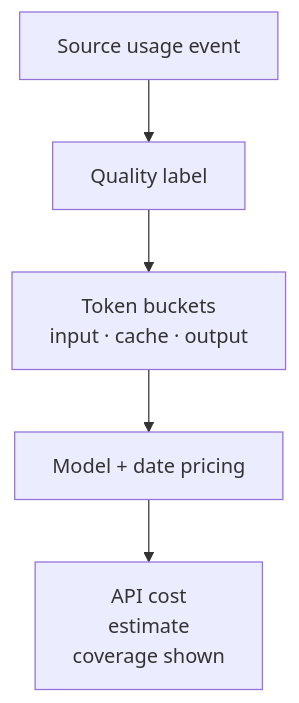
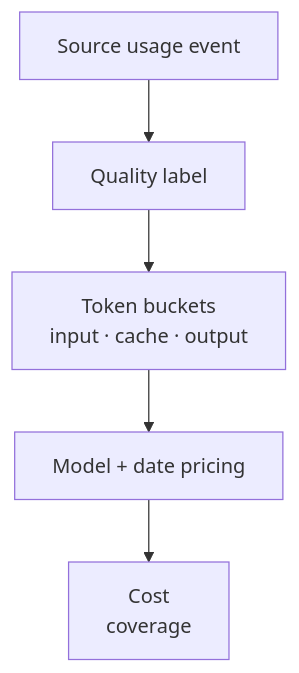
The second of 2 diagrams in README.md (spencer-life/ai-tracker), drawn with Mermaid before and after one commit. The commit also changed other lines of this file, not shown here.

Commit message:
docs: avoid mobile diagram control overlap

````diff
--- a/README.md
+++ b/README.md
@@ -108,9 +108,9 @@
 ```mermaid
 flowchart TD
   A["Source usage event"]
   B["Quality label"]
   C["Token buckets<br/>input · cache · output"]
   D["Model + date pricing"]
-  E["API cost<br/>estimate<br/>coverage shown"]
+  E["Cost<br/>coverage"]
   A --> B --> C --> D --> E
 ```
````
